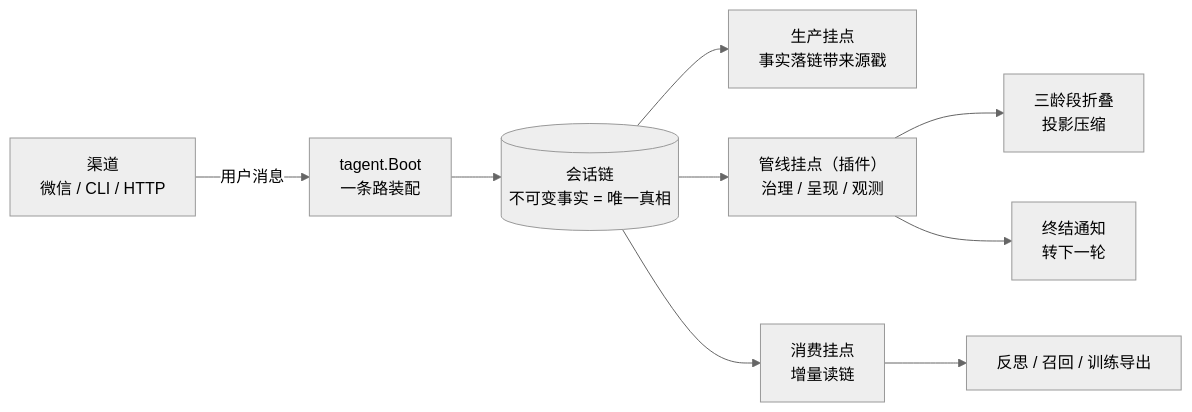
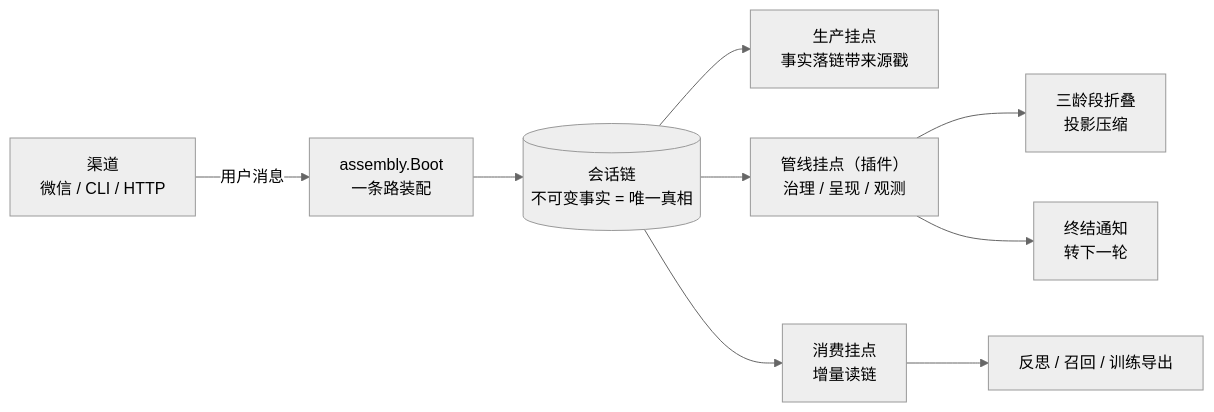
One commit to SpellingDragon/tagent changed the diagram in docs/PROJECT.md. Above: the diagram before and after it, drawn with Mermaid (neutral theme). The commit also changed 260 other files, not shown here.

````diff
--- a/docs/PROJECT.md
+++ b/docs/PROJECT.md
@@ -13,11 +13,11 @@
 ```mermaid
 flowchart LR
-    CH["渠道<br/>微信 / CLI / HTTP"] -->|"用户消息"| BOOT["tagent.Boot<br/>一条路装配"]
+    CH["渠道<br/>微信 / CLI / HTTP"] -->|"用户消息"| BOOT["assembly.Boot<br/>一条路装配"]
     BOOT --> CHAIN[("会话链<br/>不可变事实 = 唯一真相")]
     CHAIN --> PROD["生产挂点<br/>事实落链带来源戳"]
     CHAIN --> PIPE["管线挂点（插件）<br/>治理 / 呈现 / 观测"]
     CHAIN --> CONS["消费挂点<br/>增量读链"]
     PIPE --> FOLD["三龄段折叠<br/>投影压缩"]
     PIPE --> SETTLE["终结通知<br/>转下一轮"]
     CONS --> MED["反思 / 召回 / 训练导出"]
 ```
````
